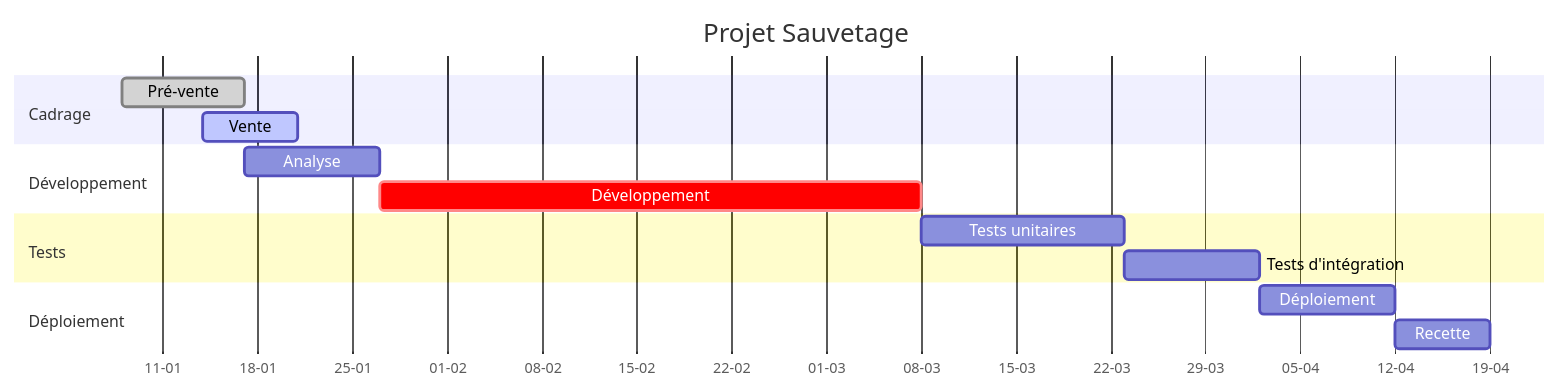
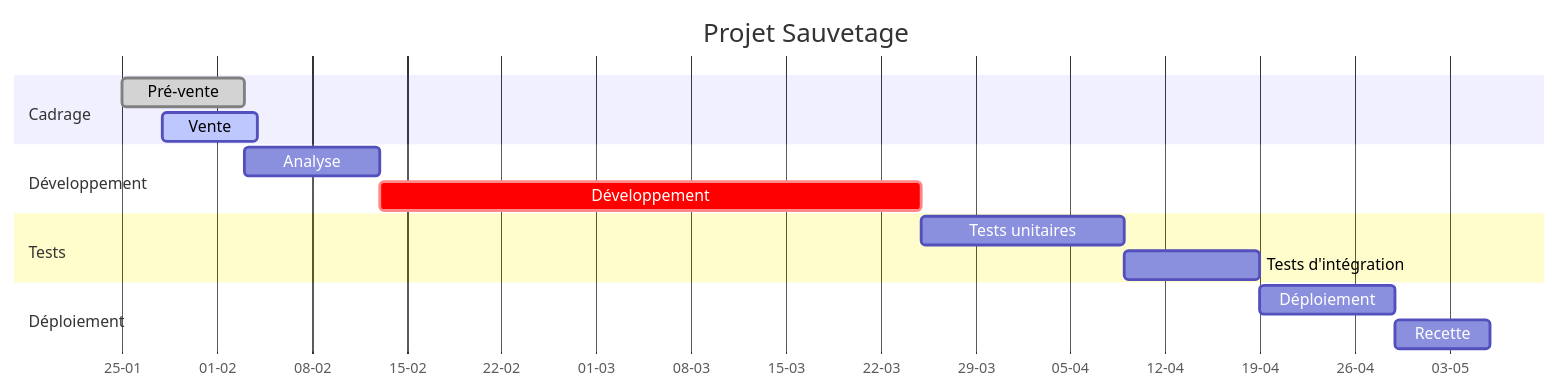
One commit to remiv1/sauvetage changed the second of 2 diagrams in README.md. Above: the diagram before and after it, drawn with Mermaid. The commit also changed other lines of this file and 17 other files, not shown here.

````diff
--- a/README.md
+++ b/README.md
@@ -121,18 +120,18 @@
 ```mermaid
 gantt
     title Projet Sauvetage
     dateFormat  DD-MM-YYYY
     axisFormat  %d-%m
     section Cadrage
-    Pré-vente :done, a1, 08-01-2026, 9d
-    Vente :active, a21, 14-01-2026, 7d
+    Pré-vente :done, a1, 25-01-2026, 9d
+    Vente :active, a21, 28-01-2026, 7d
     section Développement
     Analyse :a2, after a1, 10d
     Développement :crit, a3, after a2, 40d
     section Tests
     Tests unitaires :a4, after a3, 15d
     Tests d'intégration :a5, after a4, 10d
     section Déploiement
     Déploiement :a6, after a5, 10d
     Recette :a7, after a6, 7d
 ```
````
